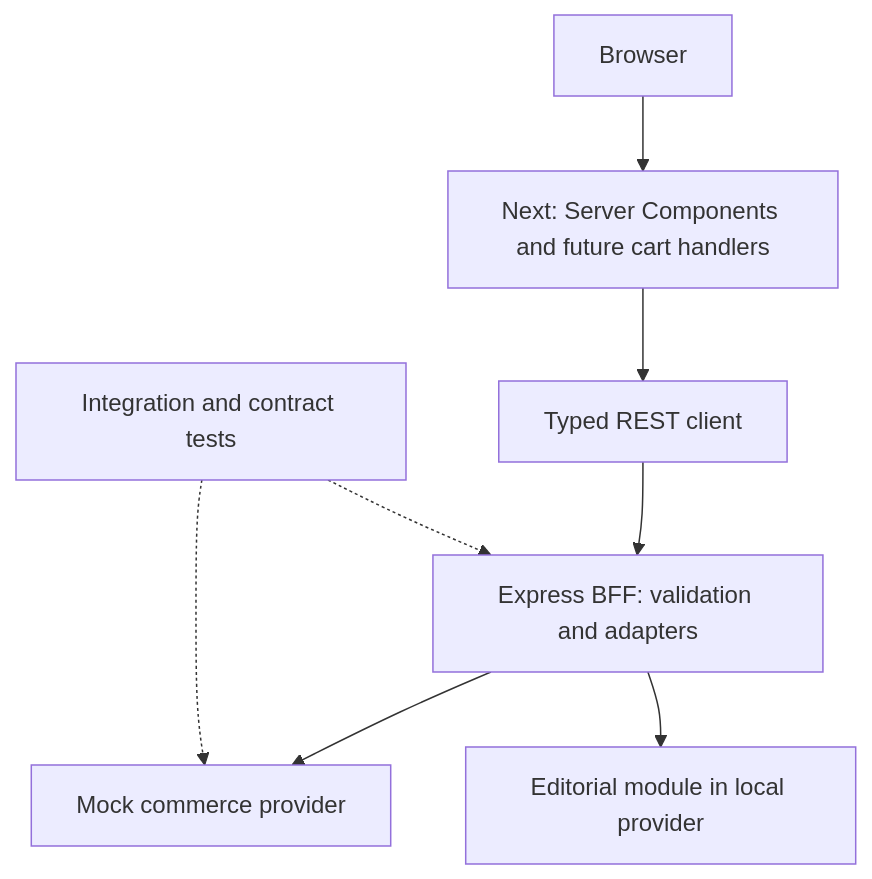
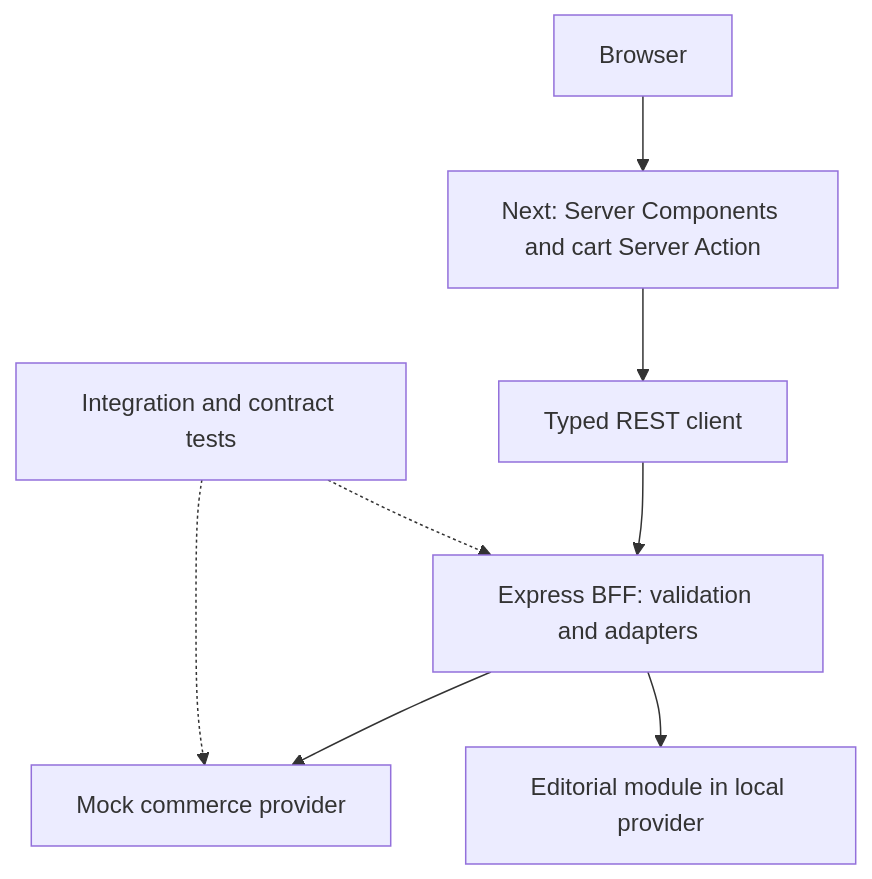
The diagram in docs/ARCHITECTURE.md (RubenHoodESP/atelier-commerce), drawn with Mermaid before and after one commit. The commit also changed other lines of this file and 19 other files, not shown here.

````diff
--- a/docs/ARCHITECTURE.md
+++ b/docs/ARCHITECTURE.md
@@ -5,10 +5,10 @@
 ```mermaid
 flowchart TD
-  B["Browser"] --> N["Next: Server Components and future cart handlers"]
+  B["Browser"] --> N["Next: Server Components and cart Server Action"]
   N --> C["Typed REST client"]
   C --> E["Express BFF: validation and adapters"]
   E --> P["Mock commerce provider"]
   E --> F["Editorial module in local provider"]
   T["Integration and contract tests"] -.-> E
   T -.-> P
 ```
````
